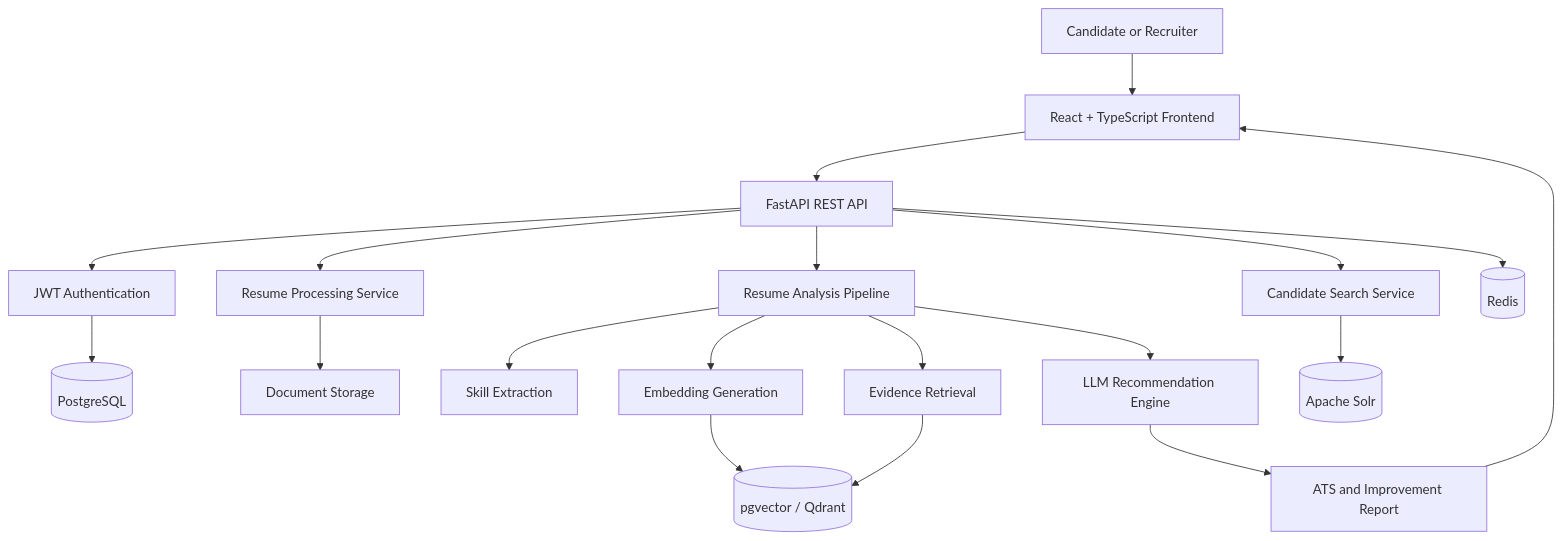
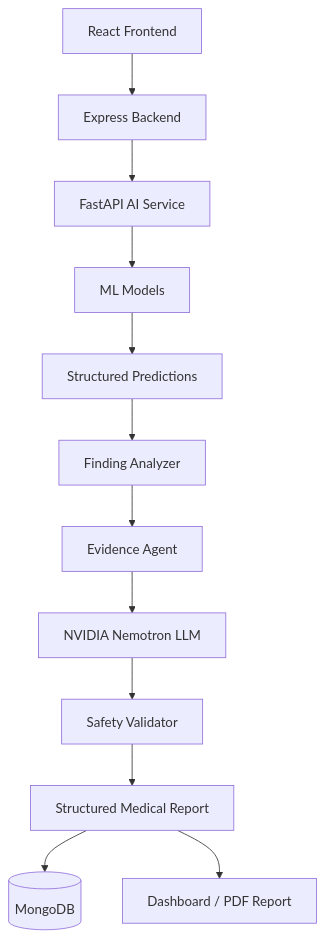
Before and after one commit to saumyasrivastava21/saumyasrivastava21: the third of 5 diagrams in README.md, drawn with Mermaid. The commit also changed other lines of this file, not shown here.

````diff
--- a/README.md
+++ b/README.md
@@ -394,27 +176,14 @@
 ```mermaid
 flowchart TB
-    U[Candidate or Recruiter] --> UI[React + TypeScript Frontend]
-
-    UI --> API[FastAPI REST API]
-
-    API --> AUTH[JWT Authentication]
-    API --> RESUME[Resume Processing Service]
-    API --> ANALYSIS[Resume Analysis Pipeline]
-    API --> SEARCH[Candidate Search Service]
-
-    AUTH --> DB[(PostgreSQL)]
-    RESUME --> STORAGE[Document Storage]
-    ANALYSIS --> EXTRACT[Skill Extraction]
-    ANALYSIS --> EMBED[Embedding Generation]
-    ANALYSIS --> RETRIEVE[Evidence Retrieval]
-    ANALYSIS --> LLM[LLM Recommendation Engine]
-
-    EMBED --> VECTOR[(pgvector / Qdrant)]
-    RETRIEVE --> VECTOR
-
-    SEARCH --> SOLR[(Apache Solr)]
-    API --> CACHE[(Redis)]
-
-    LLM --> REPORT[ATS and Improvement Report]
-    REPORT --> UI
+    A[React Frontend] --> B[Express Backend]
+    B --> C[FastAPI AI Service]
+    C --> D[ML Models]
+    D --> E[Structured Predictions]
+    E --> F[Finding Analyzer]
+    F --> G[Evidence Agent]
+    G --> H[NVIDIA Nemotron LLM]
+    H --> I[Safety Validator]
+    I --> J[Structured Medical Report]
+    J --> K[(MongoDB)]
+    J --> L[Dashboard / PDF Report]
 ```
````
